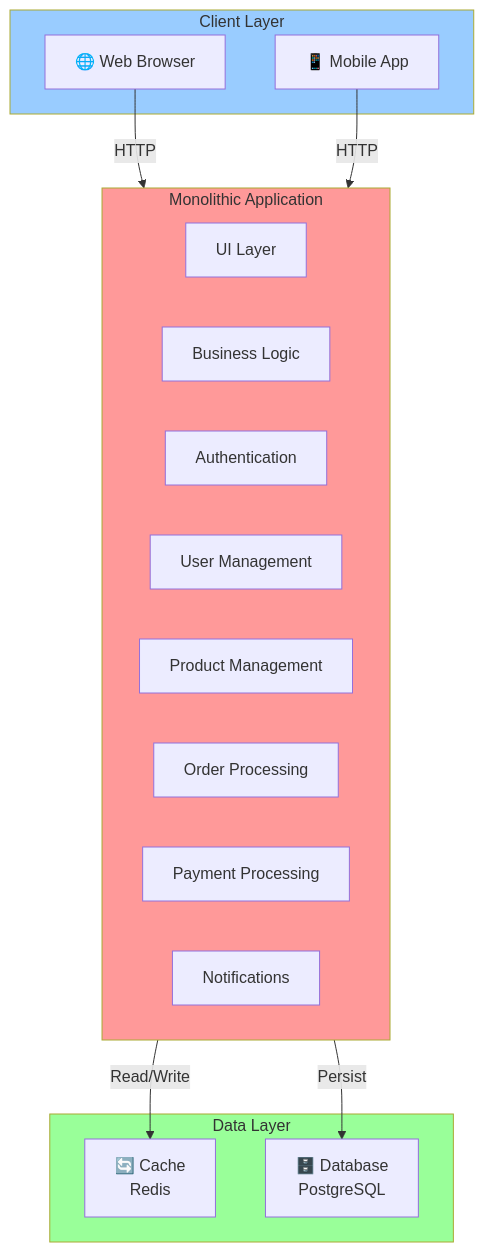
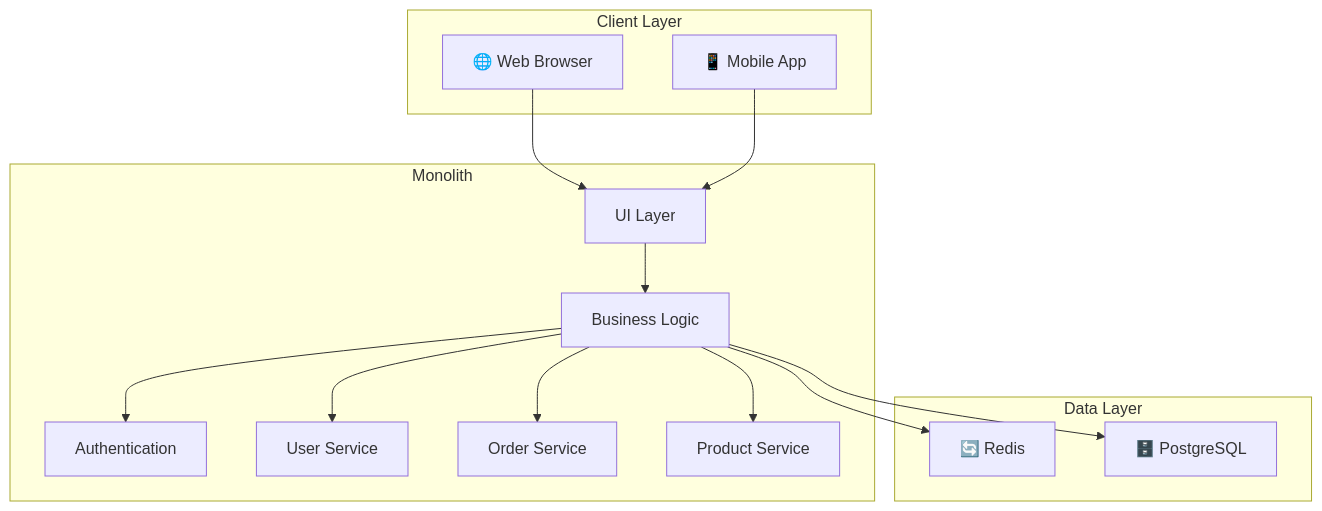
Before and after one commit to quesiblaq442-del/architecture-diagram: the first of 17 diagrams in ARCHITECTURE.md, drawn with Mermaid. The commit also changed other lines of this file, not shown here.

Commit message:
Add security, observability, disaster recovery, CI/CD, data flow, and cloud deployment coverage

````diff
--- a/ARCHITECTURE.md
+++ b/ARCHITECTURE.md
@@ -7,33 +9,31 @@
 ```mermaid
 graph TB
     subgraph Client["Client Layer"]
         Web["🌐 Web Browser"]
         Mobile["📱 Mobile App"]
     end
 
-    subgraph Monolith["Monolithic Application"]
+    subgraph App["Monolith"]
         UI["UI Layer"]
-        BL["Business Logic"]
+        Business["Business Logic"]
         Auth["Authentication"]
-        User["User Management"]
-        Product["Product Management"]
-        Order["Order Processing"]
-        Payment["Payment Processing"]
-        Notification["Notifications"]
+        Users["User Service"]
+        Orders["Order Service"]
+        Products["Product Service"]
     end
 
     subgraph Data["Data Layer"]
-        Cache["🔄 Cache<br/>Redis"]
-        Database["🗄️ Database<br/>PostgreSQL"]
+        Cache["🔄 Redis"]
+        DB["🗄️ PostgreSQL"]
     end
 
-    Web -->|HTTP| Monolith
-    Mobile -->|HTTP| Monolith
-    
-    Monolith -->|Read/Write| Cache
-    Monolith -->|Persist| Database
-    
-    style Monolith fill:#ff9999
-    style Client fill:#99ccff
-    style Data fill:#99ff99
+    Web --> UI
+    Mobile --> UI
+    UI --> Business
+    Business --> Auth
+    Business --> Users
+    Business --> Orders
+    Business --> Products
+    Business --> Cache
+    Business --> DB
 ```
````
